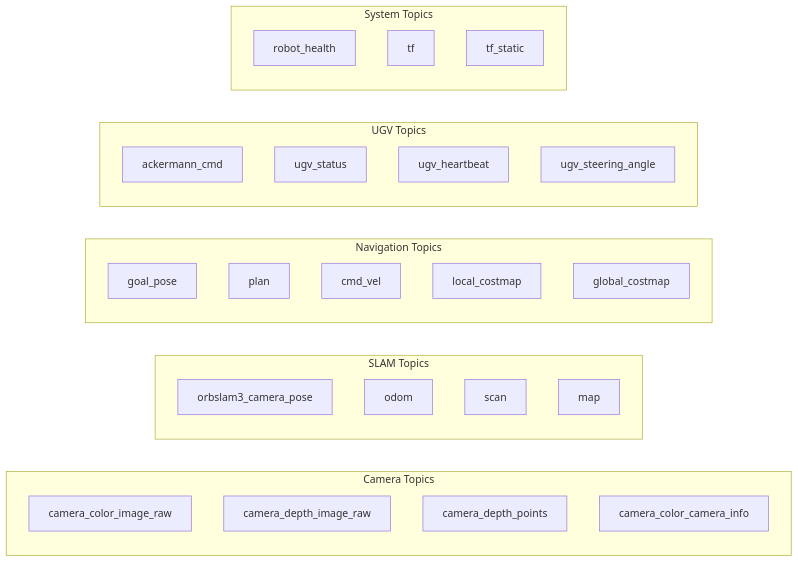
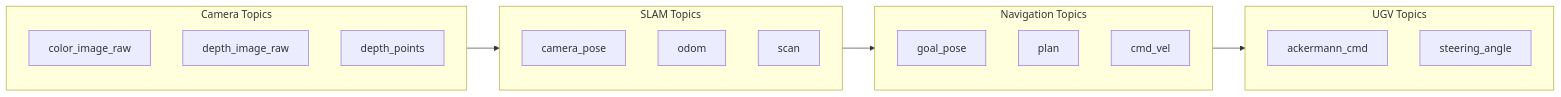
The fifth of 13 diagrams in SYSTEM_DOCUMENTATION.md (KashmeeraTT/Ackerman_UGV), drawn with Mermaid before and after one commit. The commit also changed other lines of this file and 2 other files, not shown here.

Commit message:
docs: Update system architecture diagrams, topic flows, and configuration parameters, including robot kinematics and controller settings.

````diff
--- a/SYSTEM_DOCUMENTATION.md
+++ b/SYSTEM_DOCUMENTATION.md
@@ -286,37 +289,29 @@
 ```mermaid
 graph LR
     subgraph CamTopics[Camera Topics]
-        C1[camera_color_image_raw]
-        C2[camera_depth_image_raw]
-        C3[camera_depth_points]
-        C4[camera_color_camera_info]
+        C1[color_image_raw]
+        C2[depth_image_raw]
+        C3[depth_points]
     end
     
     subgraph SLAMTopics[SLAM Topics]
-        S1[orbslam3_camera_pose]
+        S1[camera_pose]
         S2[odom]
         S3[scan]
-        S4[map]
     end
     
     subgraph NavTopics[Navigation Topics]
         N1[goal_pose]
         N2[plan]
         N3[cmd_vel]
-        N4[local_costmap]
-        N5[global_costmap]
     end
     
     subgraph UGVTopics[UGV Topics]
         U1[ackermann_cmd]
-        U2[ugv_status]
-        U3[ugv_heartbeat]
-        U4[ugv_steering_angle]
+        U2[steering_angle]
     end
     
-    subgraph SysTopics[System Topics]
-        Y1[robot_health]
-        Y2[tf]
-        Y3[tf_static]
-    end
+    CamTopics --> SLAMTopics
+    SLAMTopics --> NavTopics
+    NavTopics --> UGVTopics
 ```
````
